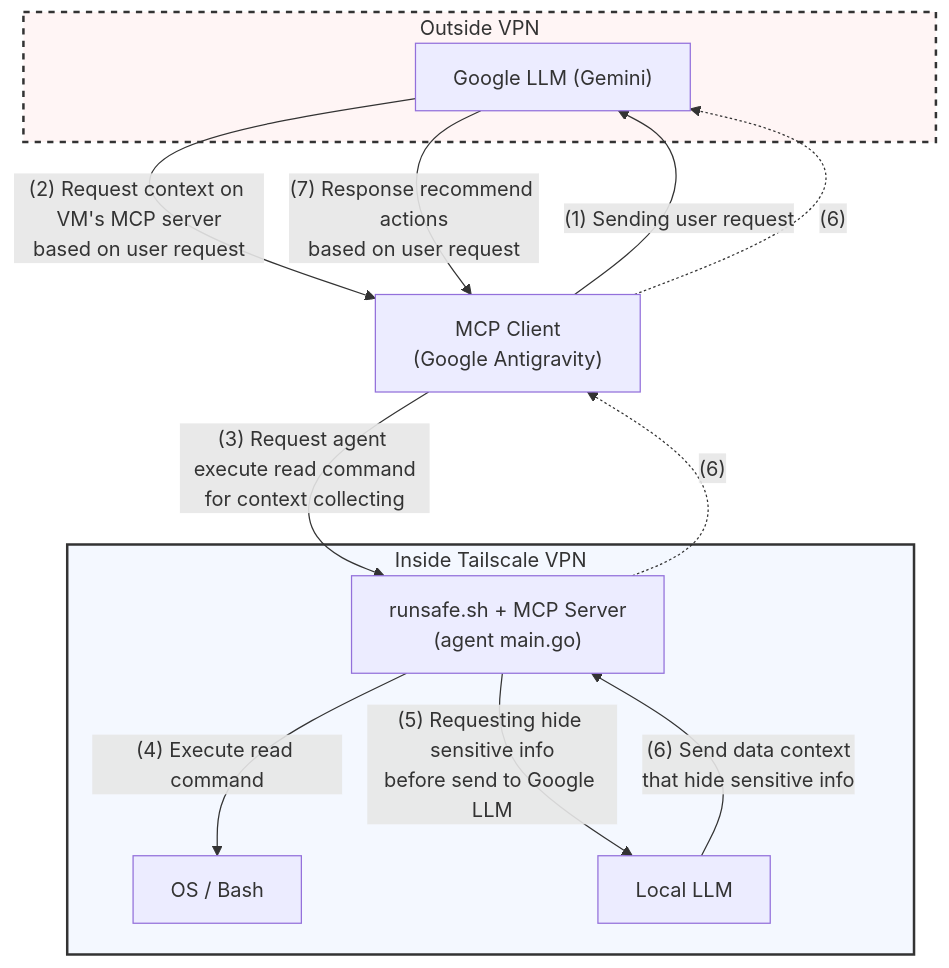
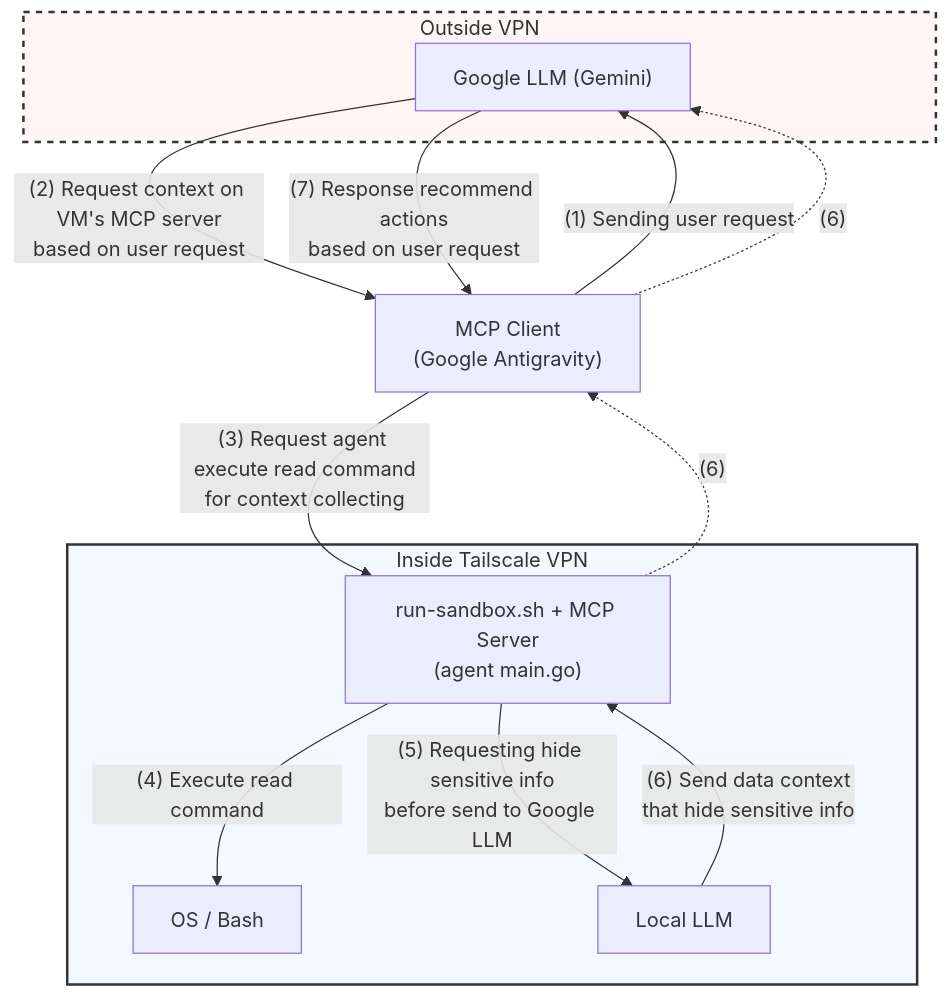
One commit to codeduy/mcp-sys-agent changed the first of 2 diagrams in README.md. Above: the diagram before and after it, drawn with Mermaid.

Commit message:
docs(readme): correct script name

````diff
--- a/README.md
+++ b/README.md
@@ -2,32 +2,32 @@
 ```mermaid
 graph TD
     subgraph Outside ["Outside VPN"]
         Gemini["Google LLM (Gemini)"]
     end
 
     Client["MCP Client<br>(Google Antigravity)"]
 
     subgraph VPN ["Inside Tailscale VPN"]
-        Agent["runsafe.sh + MCP Server<br>(agent main.go)"]
+        Agent["run-sandbox.sh + MCP Server<br>(agent main.go)"]
         OS["OS / Bash"]
         LocalLLM["Local LLM"]
 
         Agent -->|"(4) Execute read command"| OS
         Agent -->|"(5) Requesting hide sensitive info<br>before send to Google LLM"| LocalLLM
         LocalLLM -->|"(6) Send data context<br>that hide sensitive info"| Agent
     end
 
     %% External and cross-VPN communication flow
     Client -->|"(1) Sending user request"| Gemini
     Gemini -->|"(2) Request context on VM's MCP server<br>based on user request"| Client
     Client -->|"(3) Request agent execute read command<br>for context collecting"| Agent
     
     Agent -.->|"(6)"| Client
     Client -.->|"(6)"| Gemini
     
     Gemini -->|"(7) Response recommend actions<br>based on user request"| Client
 
     %% Background color
     style VPN fill:#f4f8ff,stroke:#333,stroke-width:2px
     style Outside fill:#fff5f5,stroke:#333,stroke-width:2px,stroke-dasharray: 5 5
 ```
````
